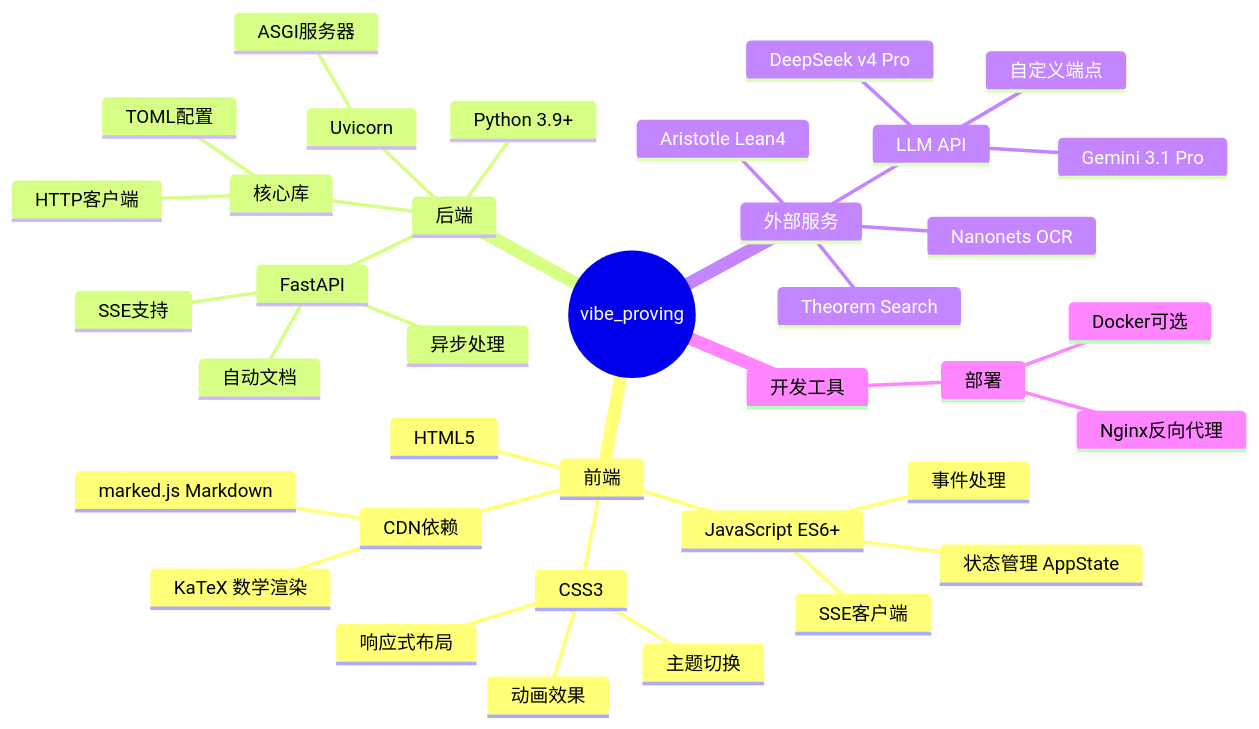
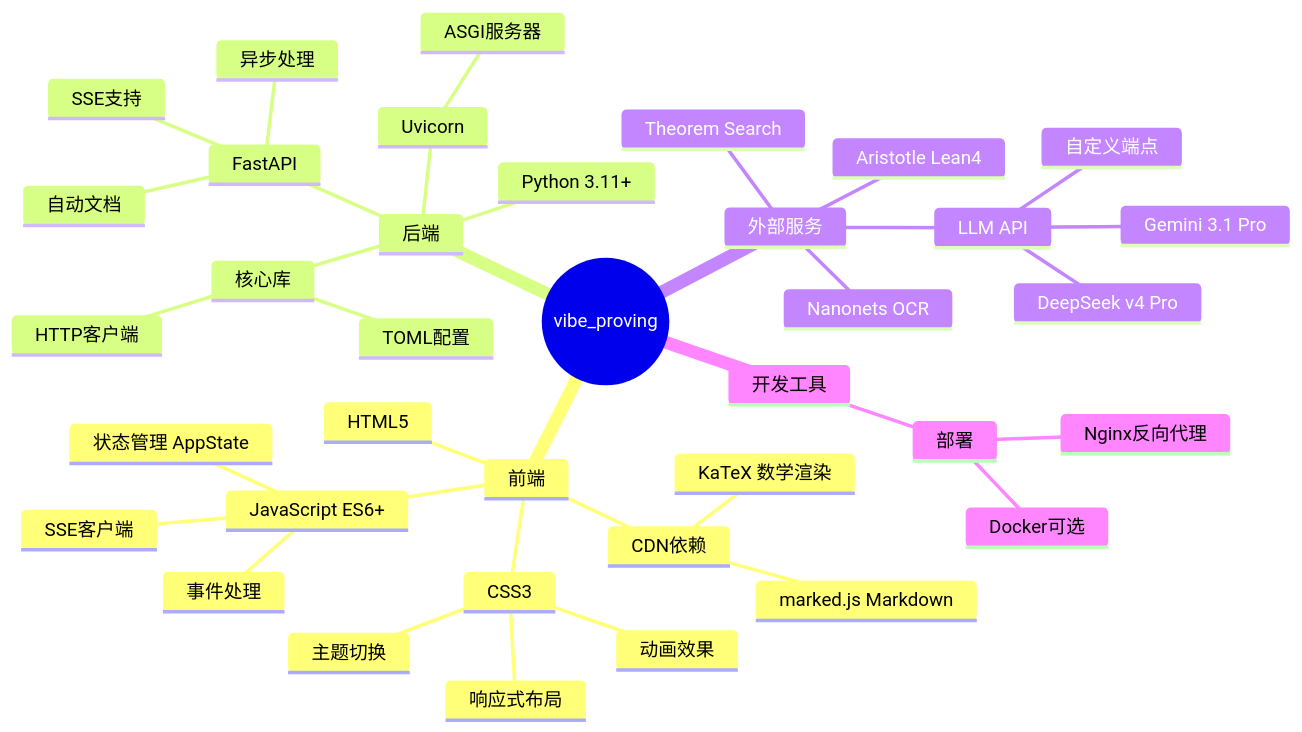
Before and after one commit to xkwxdyy/vibe-proving-math: the fifth of 5 diagrams in 项目架构图_Mermaid.md, drawn with Mermaid. The commit also changed other lines of this file and 2 other files, not shown here.

Commit message:
docs: use stack mindmap in README architecture; sync Mermaid Python version

````diff
--- a/项目架构图_Mermaid.md
+++ b/项目架构图_Mermaid.md
@@ -355,40 +207,40 @@
 ```mermaid
 mindmap
     root((vibe_proving))
         前端
             HTML5
             CSS3
                 响应式布局
                 主题切换
                 动画效果
             JavaScript ES6+
                 状态管理 AppState
                 SSE客户端
                 事件处理
             CDN依赖
                 KaTeX 数学渲染
                 marked.js Markdown
         后端
-            Python 3.9+
+            Python 3.11+
             FastAPI
                 异步处理
                 SSE支持
                 自动文档
             Uvicorn
                 ASGI服务器
             核心库
                 TOML配置
                 HTTP客户端
         外部服务
             LLM API
                 DeepSeek v4 Pro
                 Gemini 3.1 Pro
                 自定义端点
             Theorem Search
             Nanonets OCR
             Aristotle Lean4
         开发工具
             部署
                 Docker可选
                 Nginx反向代理
 ```
````
